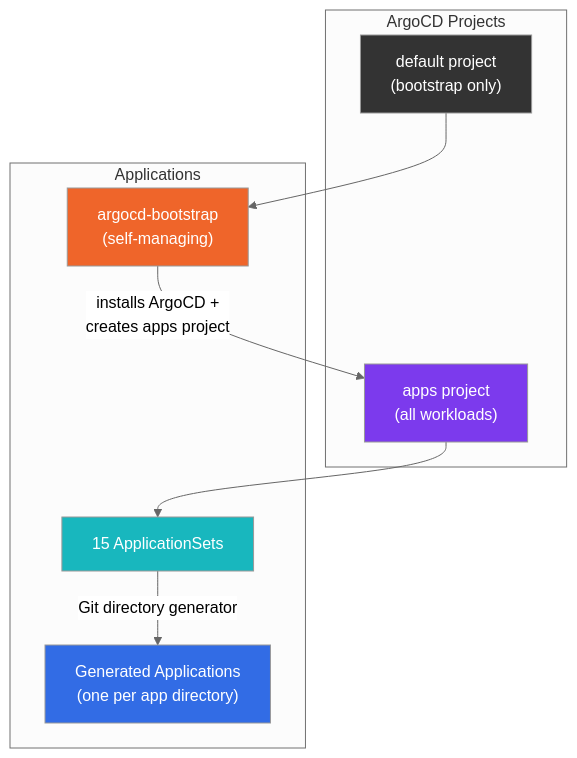
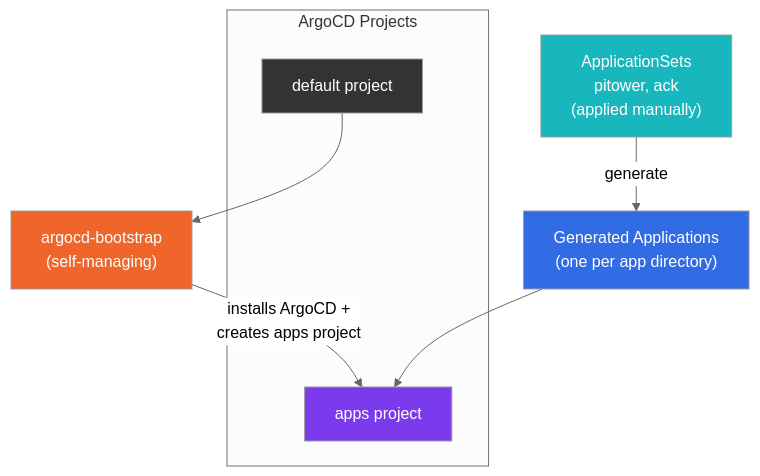
Before and after one commit to swibrow/home-ops: the second of 2 diagrams in docs/gitops/argocd-setup.md, drawn with Mermaid (neutral theme). The commit also changed other lines of this file and 105 other files, not shown here.

````diff
--- a/docs/gitops/argocd-setup.md
+++ b/docs/gitops/argocd-setup.md
@@ -152,24 +178,22 @@
 ```mermaid
 flowchart TD
     subgraph "ArgoCD Projects"
-        Default["default project\n(bootstrap only)"]
-        AppsProj["apps project\n(all workloads)"]
+        Default["default project"]
+        AppsProj["apps project"]
     end
 
-    subgraph "Applications"
-        Bootstrap["argocd-bootstrap\n(self-managing)"]
-        AppSets["15 ApplicationSets"]
-        GenApps["Generated Applications\n(one per app directory)"]
-    end
+    Bootstrap["argocd-bootstrap\n(self-managing)"]
+    AppSets["ApplicationSets\npitower, ack\n(applied manually)"]
+    GenApps["Generated Applications\n(one per app directory)"]
 
     Default --> Bootstrap
     Bootstrap -->|installs ArgoCD +\ncreates apps project| AppsProj
-    AppsProj --> AppSets
-    AppSets -->|Git directory generator| GenApps
+    AppSets -->|generate| GenApps
+    GenApps --> AppsProj
 
     style Default fill:#333,color:#fff
     style AppsProj fill:#7c3aed,color:#fff
     style Bootstrap fill:#ef652a,color:#fff
     style AppSets fill:#18b7be,color:#fff
     style GenApps fill:#326ce5,color:#fff
 ```
````
